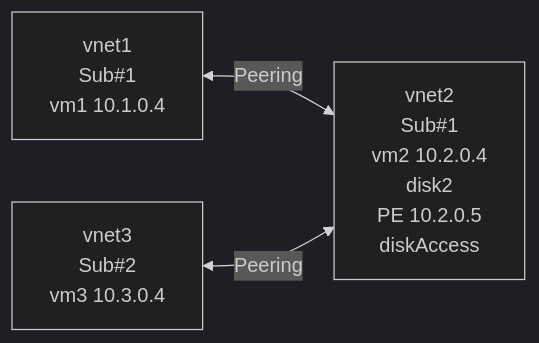
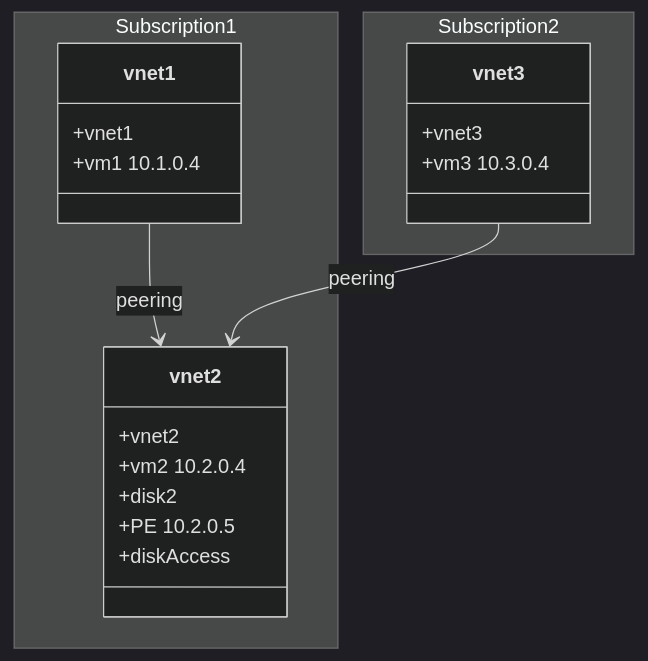
The diagram in README.md (cpinotossi/cptdazbackup), drawn with Mermaid (dark theme) before and after one commit. The commit also changed other lines of this file and 18 other files, not shown here.

Commit message:
working disk access object demo

```diff
--- a/README.md
+++ b/README.md
@@ -41,18 +41,24 @@
 ~~~mermaid
-flowchart LR 
-vnet1 <--Peering--> vnet2
-vnet3 <--Peering--> vnet2
-vnet1[vnet1
-Sub#1
-vm1 10.1.0.4]
-vnet2[vnet2
-Sub#1
-vm2 10.2.0.4
-disk2
-PE 10.2.0.5
-diskAccess]
-vnet3[vnet3
-Sub#2
-vm3 10.3.0.4
-]
+classDiagram 
+vnet1 --> vnet2: peering
+vnet3 --> vnet2: peering
+namespace Subscription1 {
+  class vnet1{
+    +vnet1
+    +vm1 10.1.0.4
+  }
+  class vnet2{
+    +vnet2
+    +vm2 10.2.0.4
+    +disk2
+    +PE 10.2.0.5
+    +diskAccess
+  } 
+}
+namespace Subscription2 {
+  class vnet3{
+    +vnet3
+    +vm3 10.3.0.4
+  }
+}
 ~~~
```
